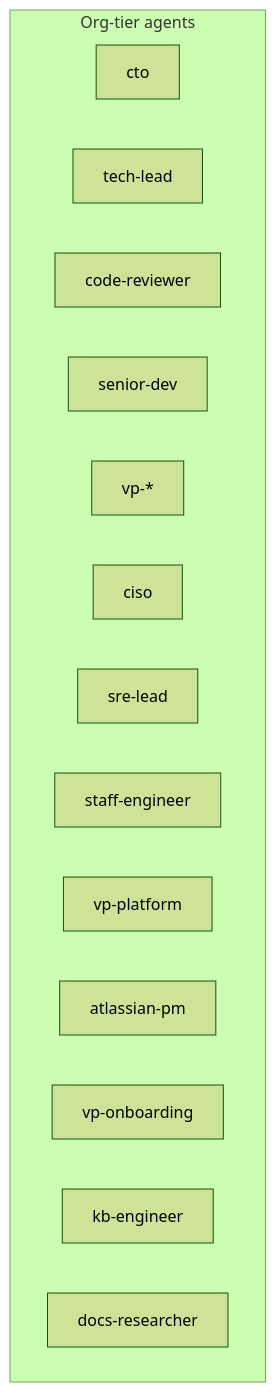
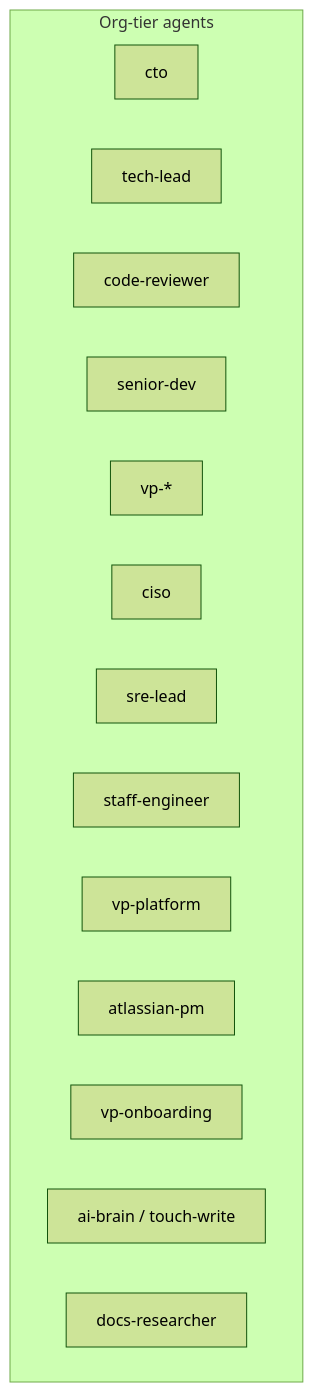
Before and after one commit to akshay-na/dotfiles: the diagram in cursor/.cursor/agents/tech-lead.md, drawn with Mermaid (forest theme). The commit also changed other lines of this file and 92 other files, not shown here.

````diff
--- a/cursor/.cursor/agents/tech-lead.md
+++ b/cursor/.cursor/agents/tech-lead.md
@@ -13,18 +14,18 @@
 ```mermaid
 graph TD
   subgraph OrgTier["Org-tier agents"]
     CTO[cto]
     TL[tech-lead]
     CR[code-reviewer]
     SD[senior-dev]
     VP[vp-*]
     CISO[ciso]
     SRE[sre-lead]
     STAFF[staff-engineer]
     VPLAT[vp-platform]
     ATLAS[atlassian-pm]
     VPO[vp-onboarding]
-    KB[kb-engineer]
+    AB[ai-brain / touch-write]
     DOCS[docs-researcher]
   end
 ```
````
